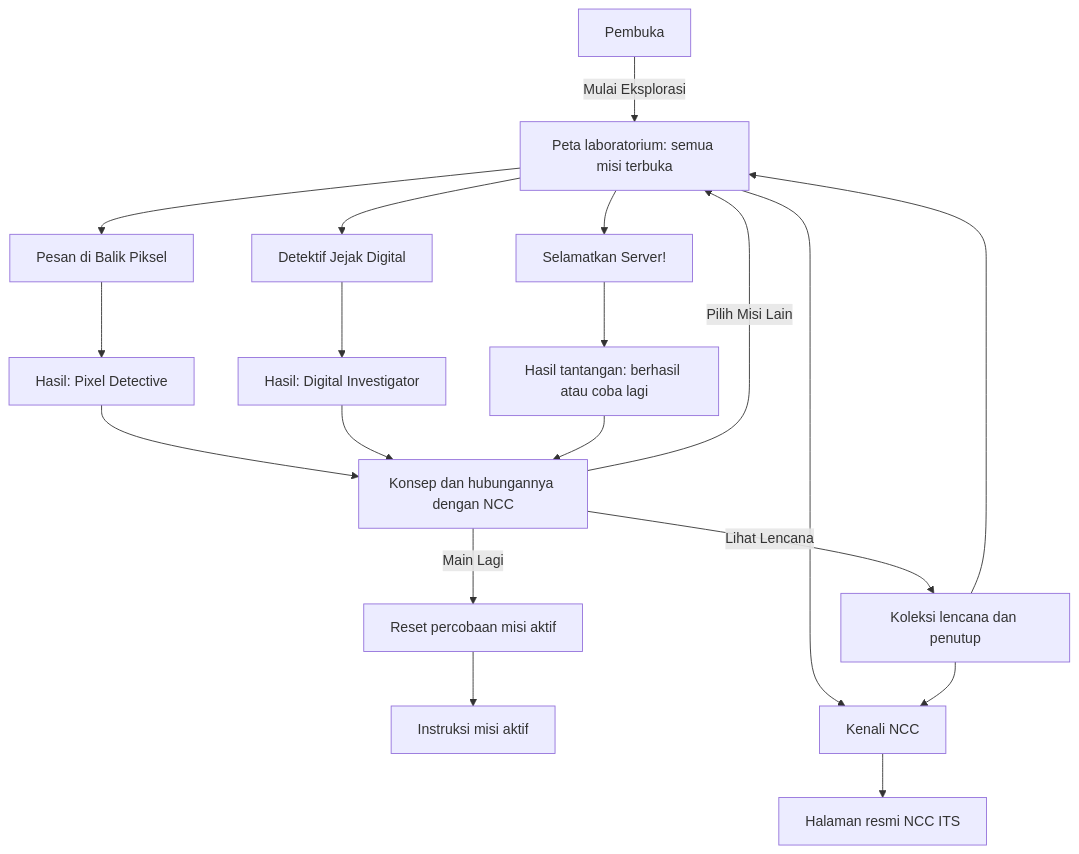
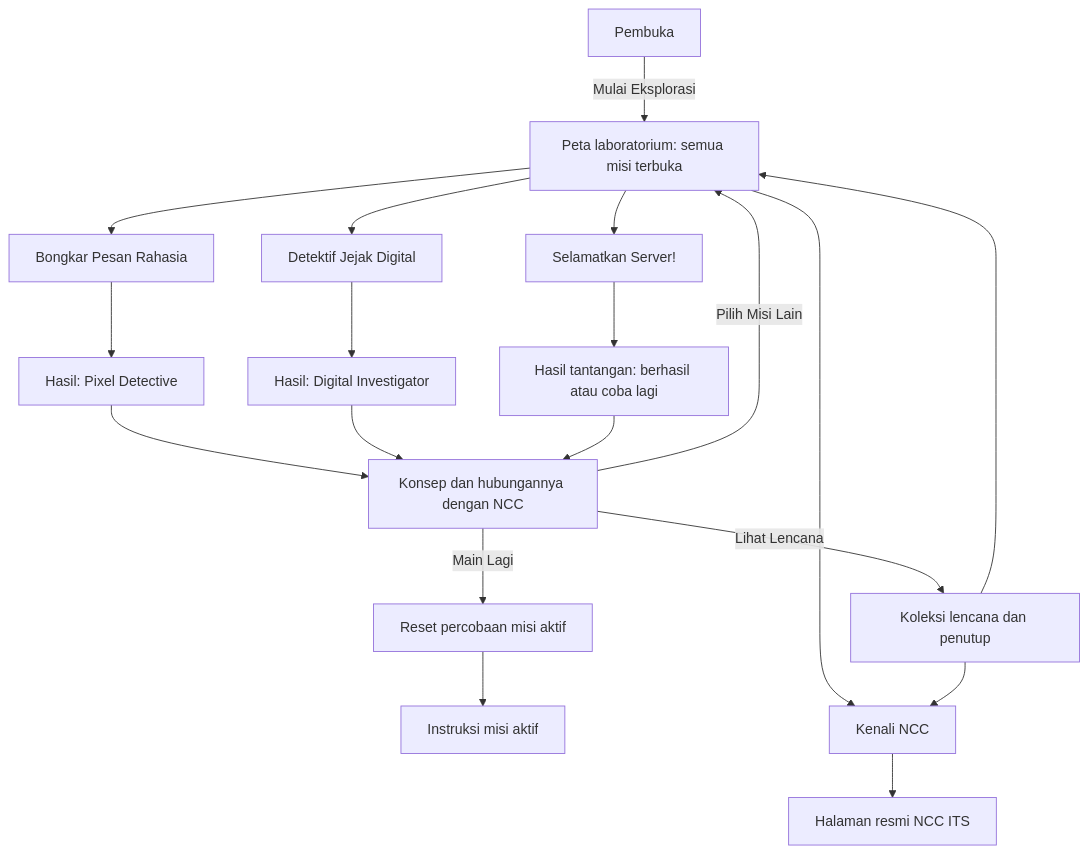
One commit to ncclaboratory18/get-to-know-ncc changed the first of 6 diagrams in docs/website-flow.md. Above: the diagram before and after it, drawn with Mermaid. The commit also changed other lines of this file and 11 other files, not shown here.

````diff
--- a/docs/website-flow.md
+++ b/docs/website-flow.md
@@ -25,21 +25,21 @@
 ```mermaid
 flowchart TD
     A["Pembuka"] -->|Mulai Eksplorasi| B["Peta laboratorium: semua misi terbuka"]
-    B --> C["Pesan di Balik Piksel"]
+    B --> C["Bongkar Pesan Rahasia"]
     B --> D["Detektif Jejak Digital"]
     B --> E["Selamatkan Server!"]
     C --> F["Hasil: Pixel Detective"]
     D --> G["Hasil: Digital Investigator"]
     E --> H["Hasil tantangan: berhasil atau coba lagi"]
     F --> I["Konsep dan hubungannya dengan NCC"]
     G --> I
     H --> I
     I -->|Pilih Misi Lain| B
     I -->|Lihat Lencana| J["Koleksi lencana dan penutup"]
     I -->|Main Lagi| K["Reset percobaan misi aktif"]
     K --> L["Instruksi misi aktif"]
     J --> B
     B --> M["Kenali NCC"]
     J --> M
     M --> N["Halaman resmi NCC ITS"]
 ```
````
